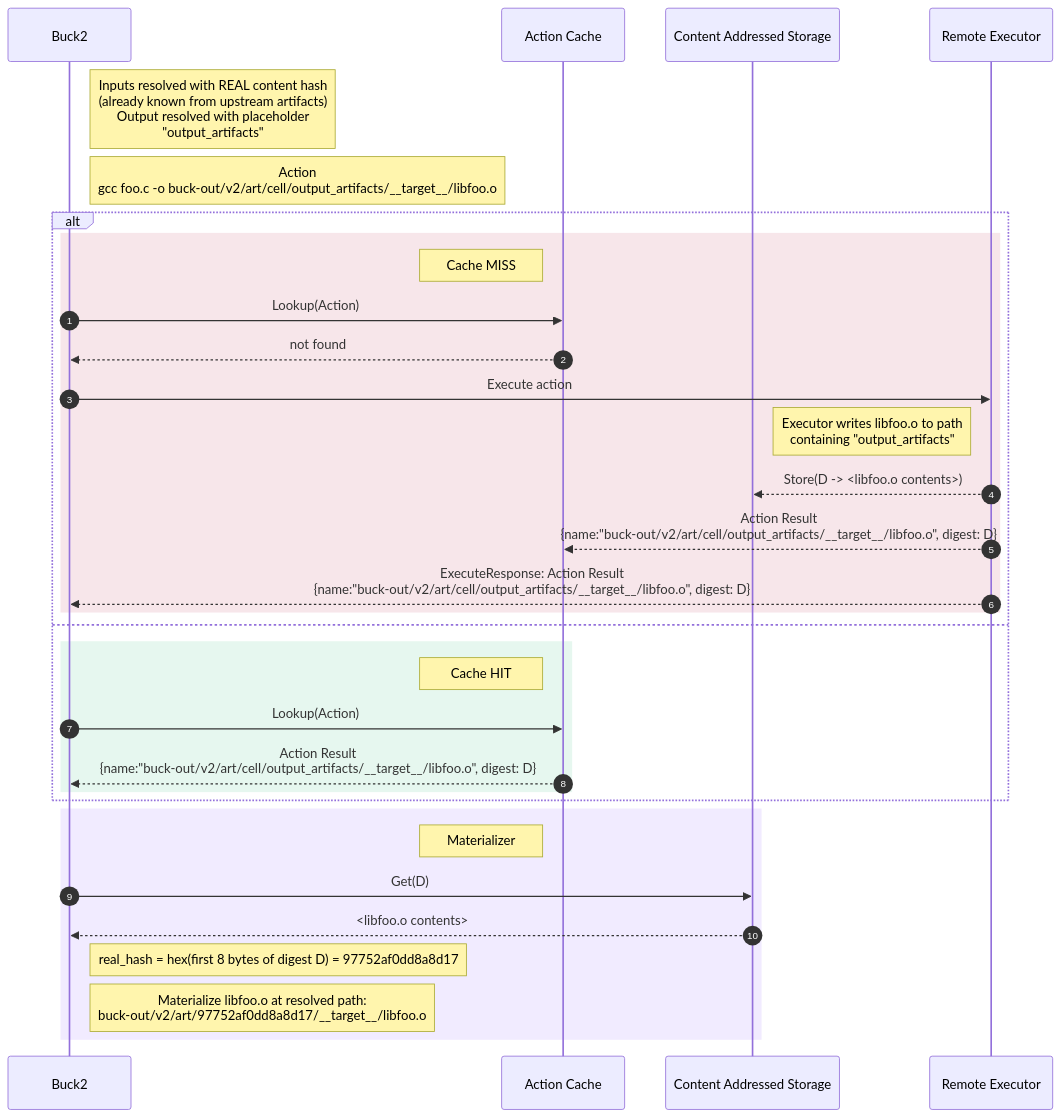
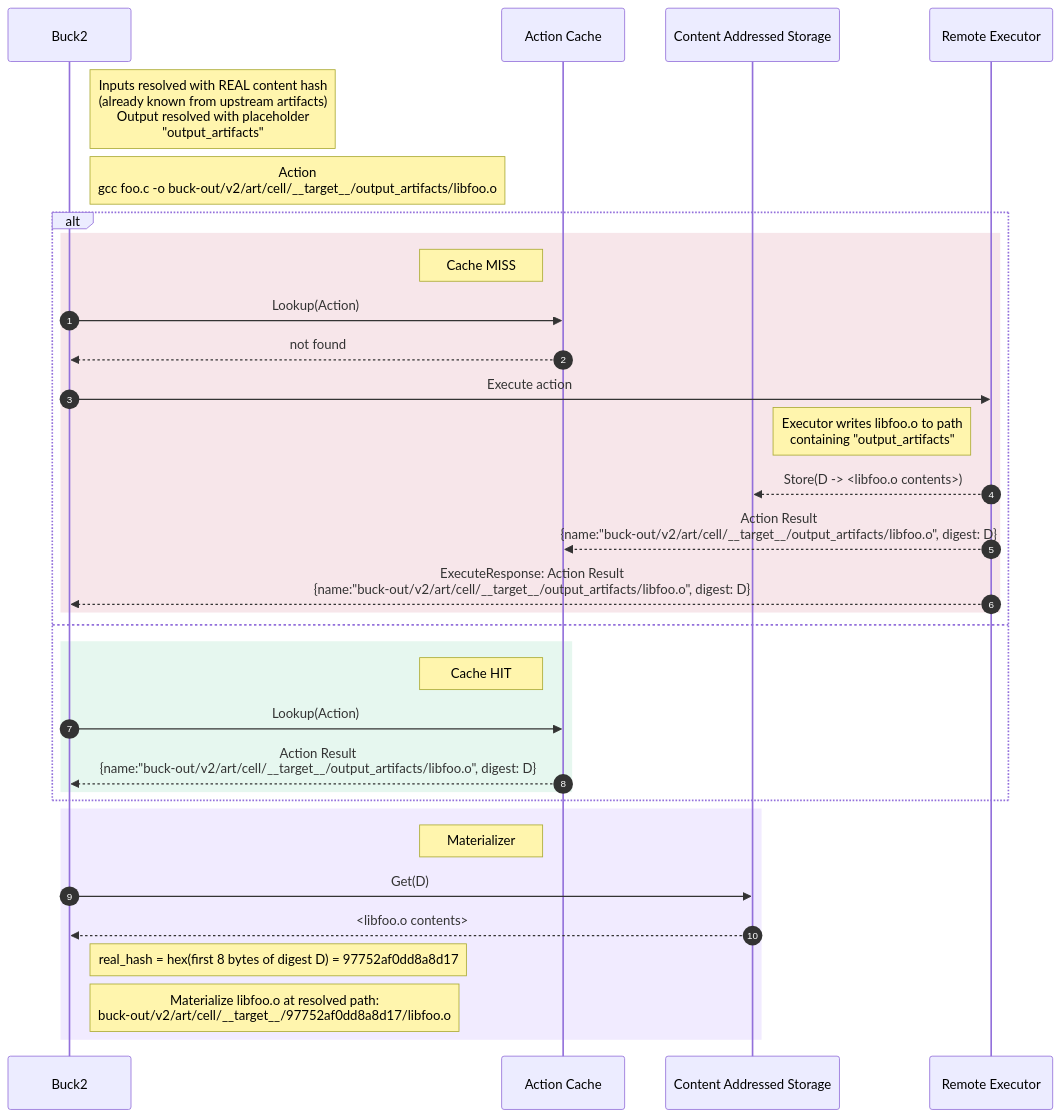
The first of 4 diagrams in docs/rule_authors/content_based_paths.md (facebook/buck2), drawn with Mermaid before and after one commit. The commit also changed other lines of this file, not shown here.

````diff
--- a/docs/rule_authors/content_based_paths.md
+++ b/docs/rule_authors/content_based_paths.md
@@ -130,35 +148,35 @@
 ```mermaid
 sequenceDiagram
     autonumber
     participant B as Buck2
     participant AC as Action Cache
     participant CAS as Content Addressed Storage
     participant RE as Remote Executor
     Note right of B: Inputs resolved with REAL content hash<br/>(already known from upstream artifacts)<br/>Output resolved with placeholder<br/>"output_artifacts"
-    Note right of B: Action<br/>gcc foo.c -o buck-out/v2/art/cell/output_artifacts/__target__/libfoo.o
+    Note right of B: Action<br/>gcc foo.c -o buck-out/v2/art/cell/__target__/output_artifacts/libfoo.o
     alt
         rect rgb(247 230 234)
         Note left of AC: Cache MISS
         B->>AC: Lookup(Action)
         AC-->>B: not found
         B->>RE: Execute action
         Note left of RE: Executor writes libfoo.o to path<br/>containing "output_artifacts"
         RE-->>CAS: Store(D -> <libfoo.o contents>)
-        RE-->>AC: Action Result<br/>{name:"buck-out/v2/art/cell/output_artifacts/__target__/libfoo.o", digest: D}
-        RE-->>B: ExecuteResponse: Action Result<br/>{name:"buck-out/v2/art/cell/output_artifacts/__target__/libfoo.o", digest: D}
+        RE-->>AC: Action Result<br/>{name:"buck-out/v2/art/cell/__target__/output_artifacts/libfoo.o", digest: D}
+        RE-->>B: ExecuteResponse: Action Result<br/>{name:"buck-out/v2/art/cell/__target__/output_artifacts/libfoo.o", digest: D}
         end
     else
         rect rgb(230 247 239)
         Note left of AC: Cache HIT
         B->>AC: Lookup(Action)
-        AC-->>B: Action Result<br/>{name:"buck-out/v2/art/cell/output_artifacts/__target__/libfoo.o", digest: D}
+        AC-->>B: Action Result<br/>{name:"buck-out/v2/art/cell/__target__/output_artifacts/libfoo.o", digest: D}
         end
     end
     rect rgb(241 235 255)
     Note left of AC: Materializer
     B->>CAS: Get(D)
     CAS-->>B: <libfoo.o contents>
     Note right of B: real_hash = hex(first 8 bytes of digest D) = 97752af0dd8a8d17
-    Note right of B: Materialize libfoo.o at resolved path:<br/>buck-out/v2/art/97752af0dd8a8d17/__target__/libfoo.o
+    Note right of B: Materialize libfoo.o at resolved path:<br/>buck-out/v2/art/cell/__target__/97752af0dd8a8d17/libfoo.o
     end
 ```
````
